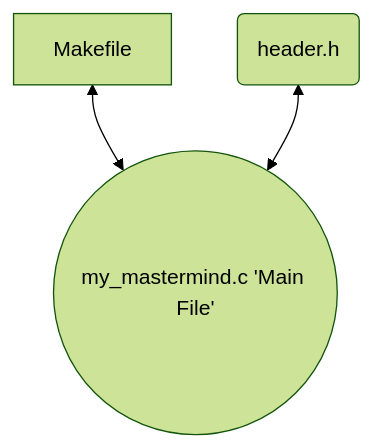
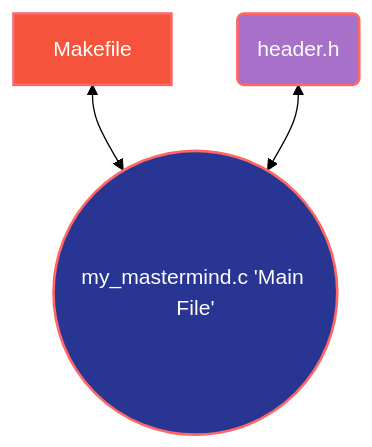
One commit to EliasFCS/Colint-School changed the diagram in B1_(2026-2027)/B1_Evaluations/My_Mastermind/README.md. Above: the diagram before and after it, drawn with Mermaid (forest theme).

Commit message:
Docs: Mastermind Readme.md Optimisation

````diff
--- a/B1_(2026-2027)/B1_Evaluations/My_Mastermind/README.md
+++ b/B1_(2026-2027)/B1_Evaluations/My_Mastermind/README.md
@@ -610,6 +610,10 @@
 ```mermaid
 flowchart BT
     Root((my_mastermind.c 'Main File'))
     Root <--> B1_1[Makefile]
     Root <--> B1_2(header.h)
+
+    style B1_1 fill:#f5533b,stroke:#f66,stroke-width:2px,color:#fff
+    style B1_2 fill:#a770c9,stroke:#f66,stroke-width:2px,color:#fff
+    style Root fill:#283593,stroke:#f66,stroke-width:2px,color:#fff
 ```
````
